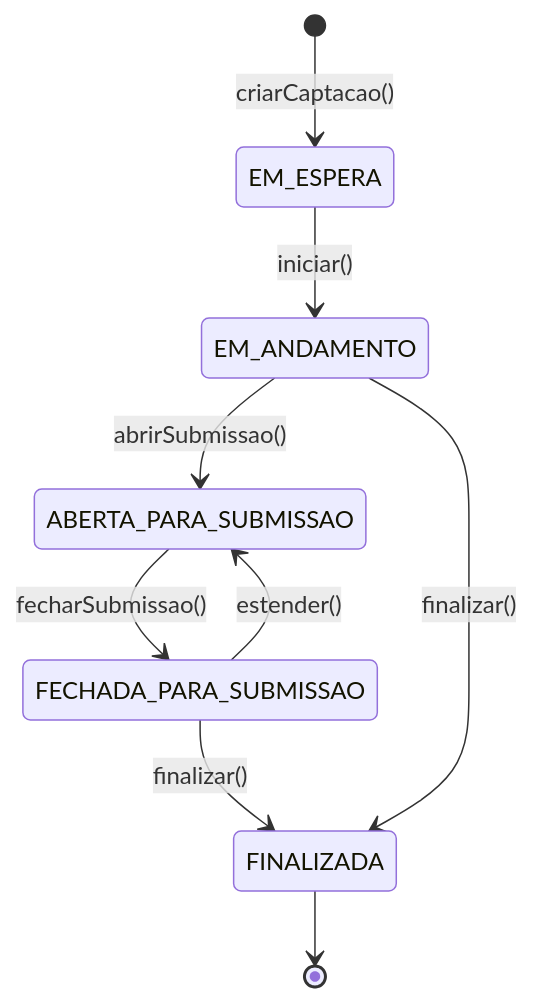
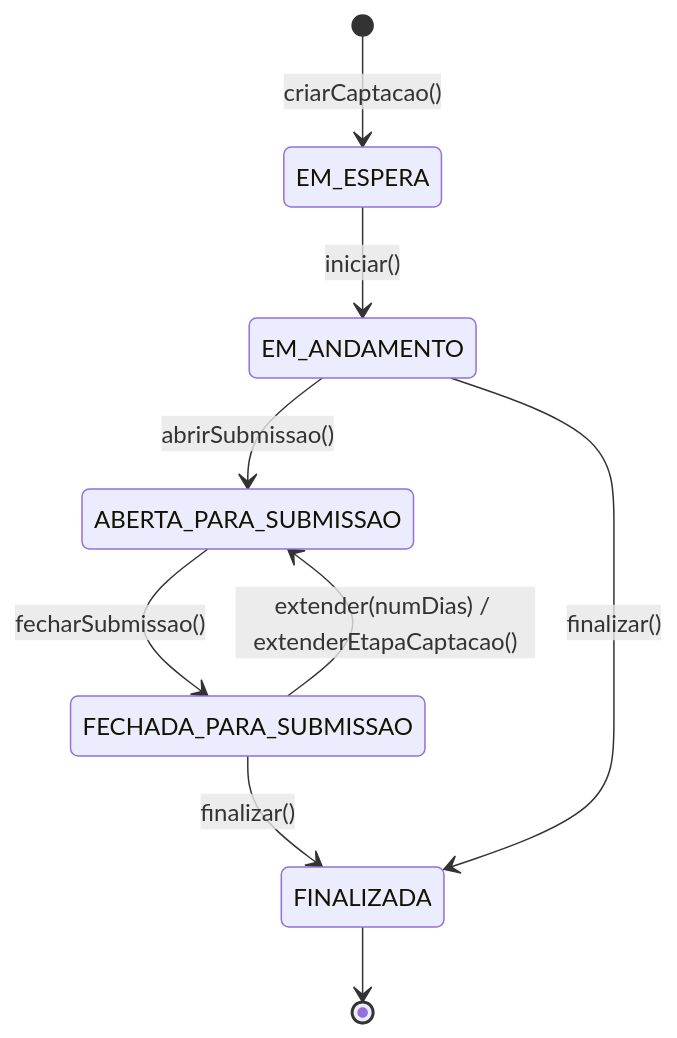
One commit to Czzped/conecta-fapes-teste changed the second of 3 diagrams in docs/implementation/modules/M011-configuracao-captacao/modelo-estrutural/modelo-estrutural-p2-configuracao-selecao.md. Above: the diagram before and after it, drawn with Mermaid. The commit also changed other lines of this file and 7 other files, not shown here.

````diff
--- a/docs/implementation/modules/M011-configuracao-captacao/modelo-estrutural/modelo-estrutural-p2-configuracao-selecao.md
+++ b/docs/implementation/modules/M011-configuracao-captacao/modelo-estrutural/modelo-estrutural-p2-configuracao-selecao.md
@@ -85,17 +99,19 @@
 ```mermaid
 stateDiagram-v2
     [*] --> EM_ESPERA : criarCaptacao()
-    
+
     EM_ESPERA --> EM_ANDAMENTO : iniciar()
-    
+
     EM_ANDAMENTO --> ABERTA_PARA_SUBMISSAO : abrirSubmissao()
-    
+
     ABERTA_PARA_SUBMISSAO --> FECHADA_PARA_SUBMISSAO : fecharSubmissao()
-    
-    FECHADA_PARA_SUBMISSAO --> ABERTA_PARA_SUBMISSAO : estender()
+
+    %% Transição de prorrogação que gera a ExtensaoEtapaCaptacao
+    FECHADA_PARA_SUBMISSAO --> ABERTA_PARA_SUBMISSAO : extender(numDias) / extenderEtapaCaptacao()
+
     FECHADA_PARA_SUBMISSAO --> FINALIZADA : finalizar()
     
     EM_ANDAMENTO --> FINALIZADA : finalizar()
     FINALIZADA --> [*]
 
 ```
````
